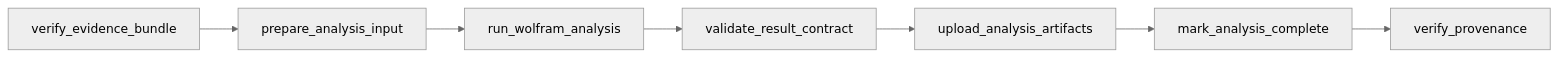
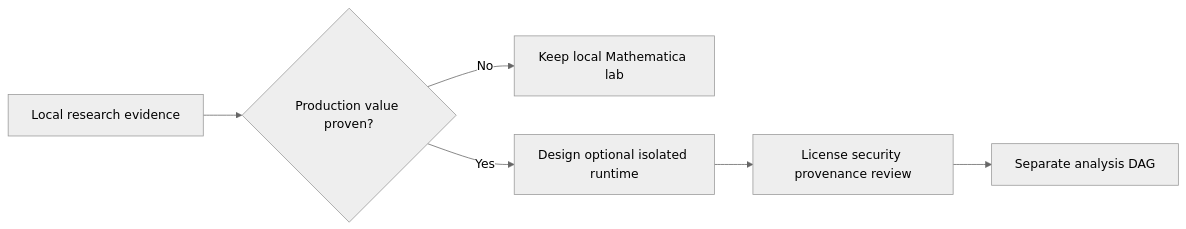
One commit to KG-khangelani/babelapha changed the second of 2 diagrams in Documentation/mathematica/leverage-roadmap.md. Above: the diagram before and after it, drawn with Mermaid (neutral theme). The commit also changed other lines of this file and 28 other files, not shown here.

Commit message:
feat: build local Mathematica media lab

````diff
--- a/Documentation/mathematica/leverage-roadmap.md
+++ b/Documentation/mathematica/leverage-roadmap.md
@@ -50,9 +89,8 @@
 ```mermaid
 flowchart LR
-    V[verify_evidence_bundle] --> P[prepare_analysis_input]
-    P --> W[run_wolfram_analysis]
-    W --> R[validate_result_contract]
-    R --> U[upload_analysis_artifacts]
-    U --> C[mark_analysis_complete]
-    C --> G[verify_provenance]
+    R[Local research evidence] --> Q{Production value proven?}
+    Q -- No --> L[Keep local Mathematica lab]
+    Q -- Yes --> O[Design optional isolated runtime]
+    O --> C[License security provenance review]
+    C --> D[Separate analysis DAG]
 ```
````
